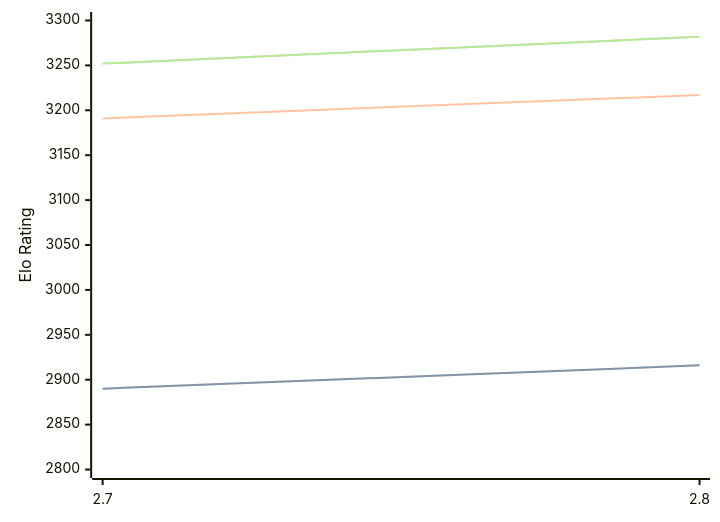
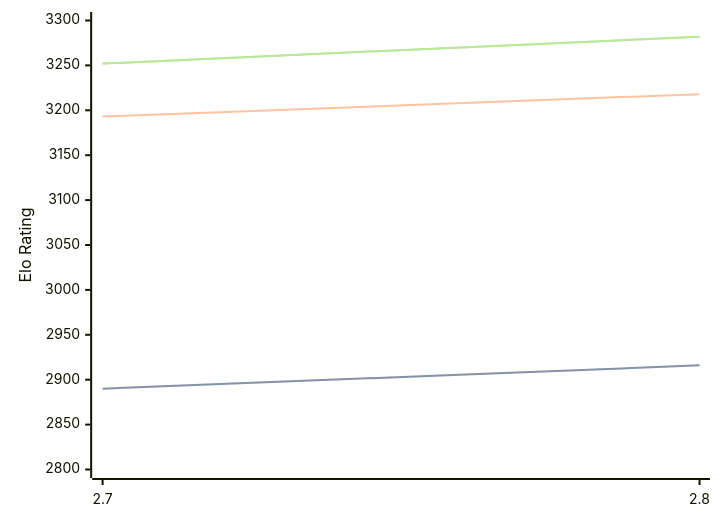
Before and after one commit to computer-chess-index/cci: the first of 3 diagrams in engines/Arcanum.md, drawn with Mermaid. The commit also changed other lines of this file, not shown here.

````diff
--- a/engines/Arcanum.md
+++ b/engines/Arcanum.md
@@ -44,11 +44,11 @@
 ```mermaid
 %%{init: {"theme":"base","themeVariables":{"seriesColors:['#a3a3a3','#222221','#faa371']}}}%%
 xychart-beta
   x-axis ["2.7", "2.8"]
   y-axis "Elo Rating" 2800 --> 3300
   line "STC (8.0+0.08s)" [2890, 2916]
   line "STC (8.0+0.08s)" [2890, 2916]
-  line "LTC (60.0+0.60s)" [3191, 3217]
+  line "LTC (60.0+0.60s)" [3193, 3218]
   line "VLTC (2m24s+1.12s)" [3252, 3282]
   line "VLTC (2m24s+1.12s)" [3252, 3282]
 ```
````
